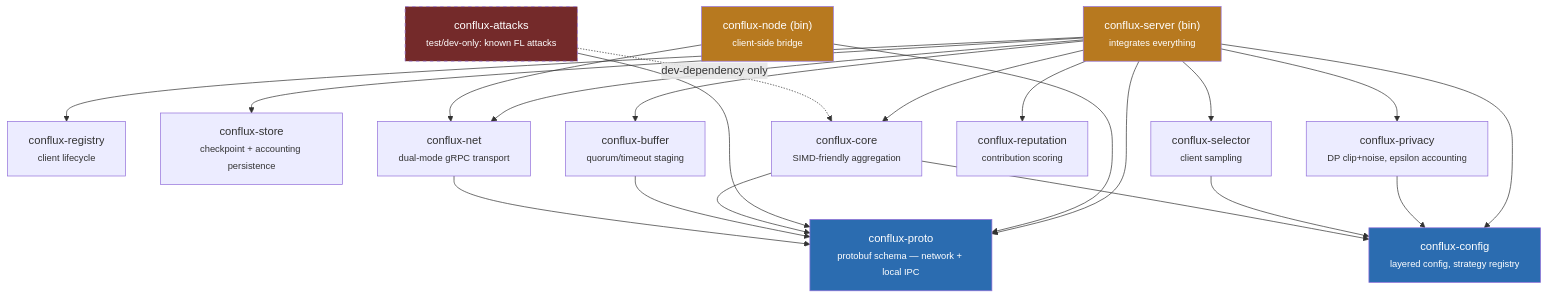
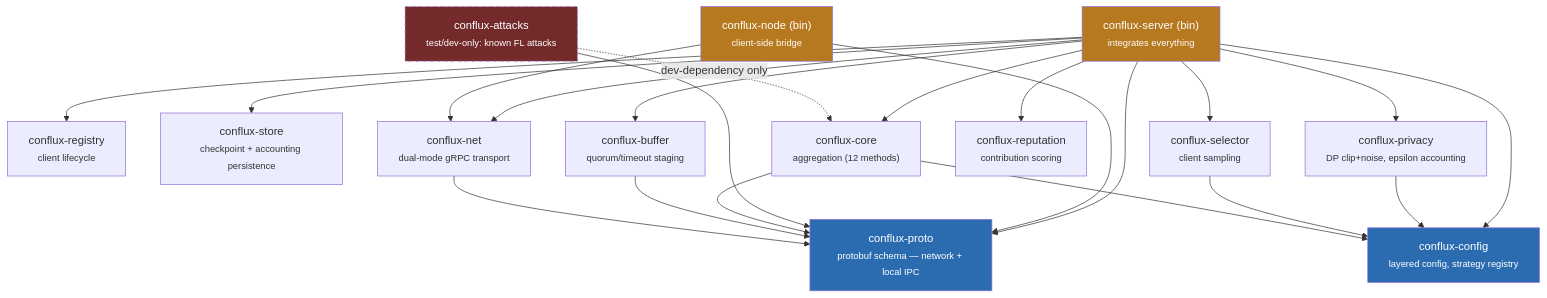
One commit to conflux-fl/conflux-fl changed the first of 6 diagrams in docs/ARCHITECTURE.md. Above: the diagram before and after it, drawn with Mermaid. The commit also changed 48 other files, not shown here.

````diff
--- a/docs/ARCHITECTURE.md
+++ b/docs/ARCHITECTURE.md
@@ -24,44 +24,44 @@
 ```mermaid
 graph TD
     proto["conflux-proto<br/><small>protobuf schema — network + local IPC</small>"]
     config["conflux-config<br/><small>layered config, strategy registry</small>"]
     registry["conflux-registry<br/><small>client lifecycle</small>"]
     store["conflux-store<br/><small>checkpoint + accounting persistence</small>"]
     selector["conflux-selector<br/><small>client sampling</small>"]
     net["conflux-net<br/><small>dual-mode gRPC transport</small>"]
     buffer["conflux-buffer<br/><small>quorum/timeout staging</small>"]
     privacy["conflux-privacy<br/><small>DP clip+noise, epsilon accounting</small>"]
     reputation["conflux-reputation<br/><small>contribution scoring</small>"]
-    core["conflux-core<br/><small>SIMD-friendly aggregation</small>"]
+    core["conflux-core<br/><small>aggregation (12 methods)</small>"]
     attacks["conflux-attacks<br/><small>test/dev-only: known FL attacks</small>"]
     server["conflux-server (bin)<br/><small>integrates everything</small>"]
     node["conflux-node (bin)<br/><small>client-side bridge</small>"]
 
     net --> proto
     buffer --> proto
     core --> proto
     core --> config
     selector --> config
     privacy --> config
     attacks --> proto
     attacks -. dev-dependency only .-> core
     node --> net
     node --> proto
 
     server --> proto
     server --> config
     server --> registry
     server --> store
     server --> selector
     server --> net
     server --> buffer
     server --> privacy
     server --> reputation
     server --> core
 
     style proto fill:#2b6cb0,color:#fff
     style config fill:#2b6cb0,color:#fff
     style server fill:#b7791f,color:#fff
     style node fill:#b7791f,color:#fff
     style attacks fill:#742a2a,color:#fff,stroke-dasharray: 5 5
 ```
````
